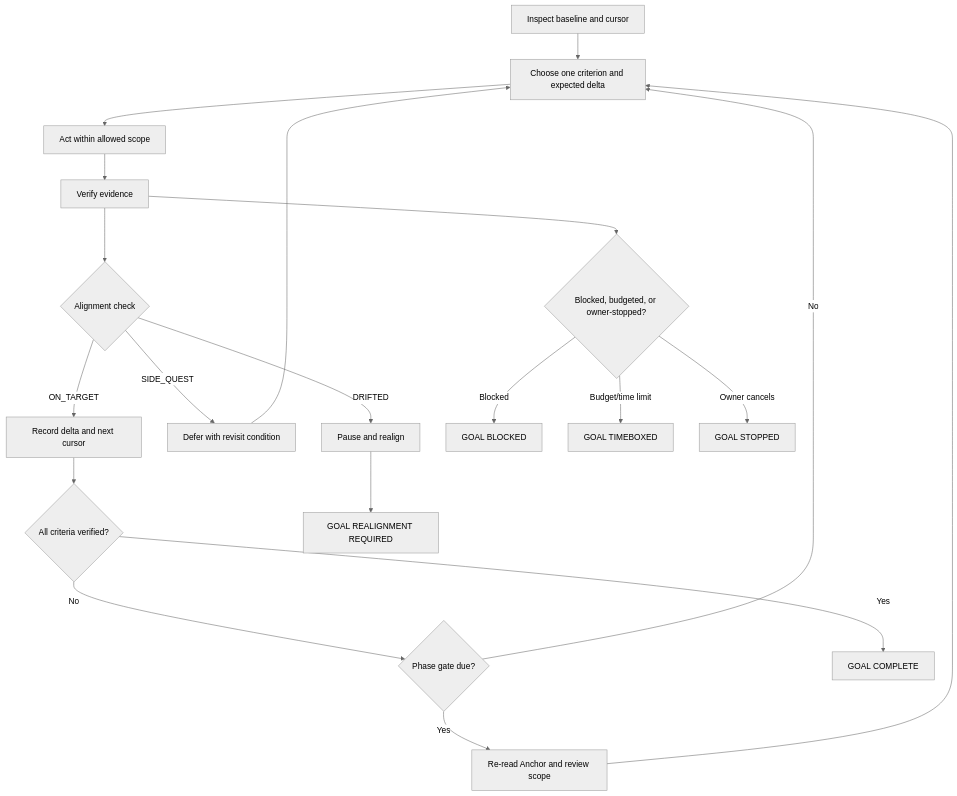
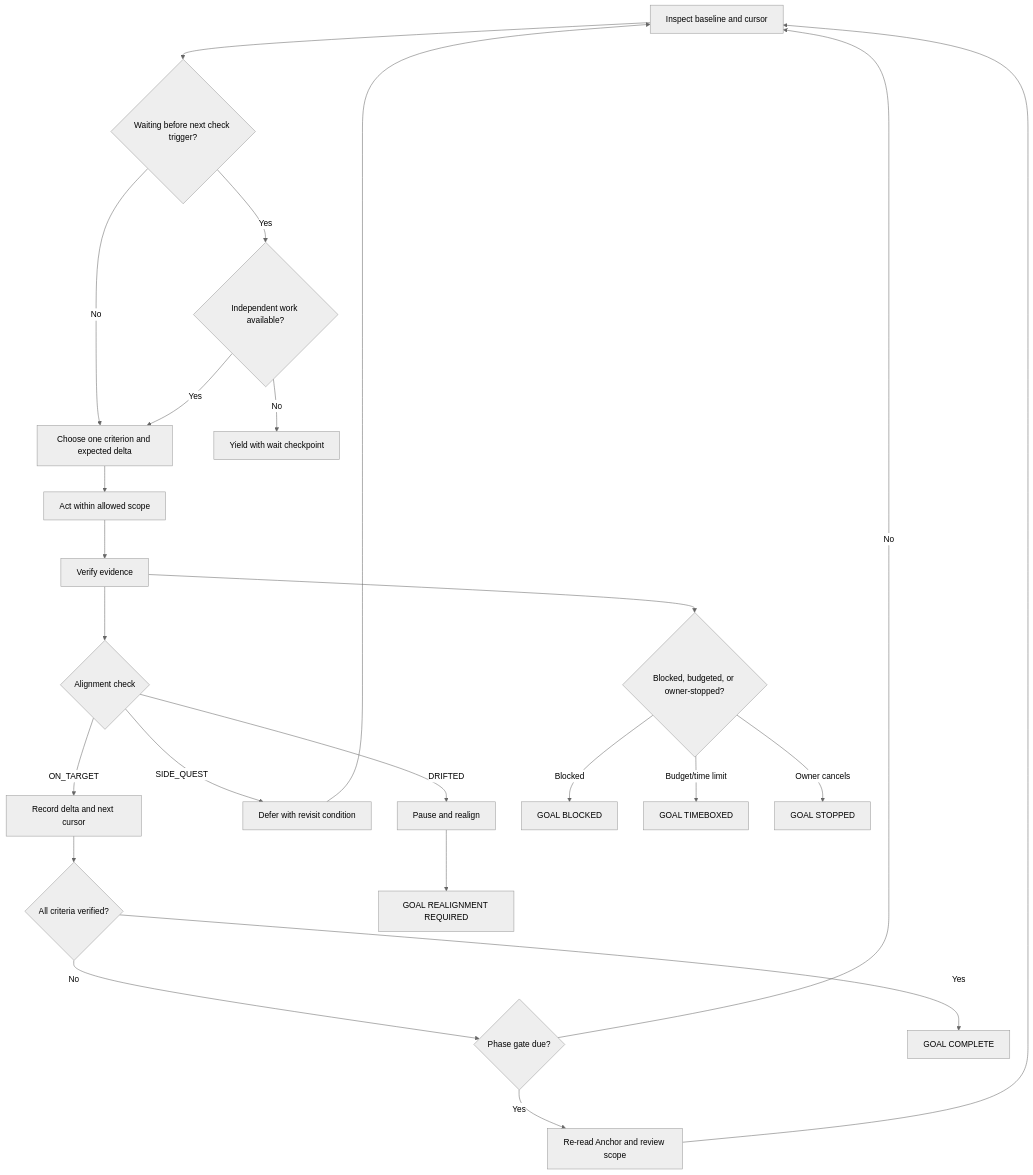
Before and after one commit to wu736139669/goal-instruction-writer: the diagram in references/loop-preview.md, drawn with Mermaid (neutral theme). The commit also changed other lines of this file and 10 other files, not shown here.

````diff
--- a/references/loop-preview.md
+++ b/references/loop-preview.md
@@ -35,22 +36,26 @@
 ```mermaid
 flowchart TD
-    A[Inspect baseline and cursor] --> B[Choose one criterion and expected delta]
+    A[Inspect baseline and cursor] --> W{Waiting before next check trigger?}
+    W -->|No| B[Choose one criterion and expected delta]
+    W -->|Yes| X{Independent work available?}
+    X -->|Yes| B
+    X -->|No| Y[Yield with wait checkpoint]
     B --> C[Act within allowed scope]
     C --> D[Verify evidence]
     D --> E{Alignment check}
     E -->|ON_TARGET| F[Record delta and next cursor]
     F --> G{All criteria verified?}
     G -->|No| H{Phase gate due?}
-    H -->|No| B
+    H -->|No| A
     H -->|Yes| I[Re-read Anchor and review scope]
-    I --> B
+    I --> A
     G -->|Yes| J[GOAL COMPLETE]
     E -->|SIDE_QUEST| K[Defer with revisit condition]
-    K --> B
+    K --> A
     E -->|DRIFTED| L[Pause and realign]
     L --> M[GOAL REALIGNMENT REQUIRED]
     D --> N{Blocked, budgeted, or owner-stopped?}
     N -->|Blocked| O[GOAL BLOCKED]
     N -->|Budget/time limit| P[GOAL TIMEBOXED]
     N -->|Owner cancels| Q[GOAL STOPPED]
 ```
````
